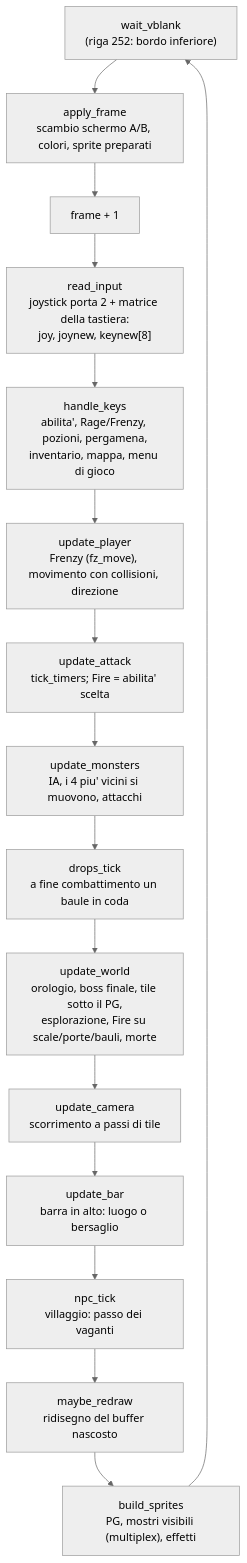
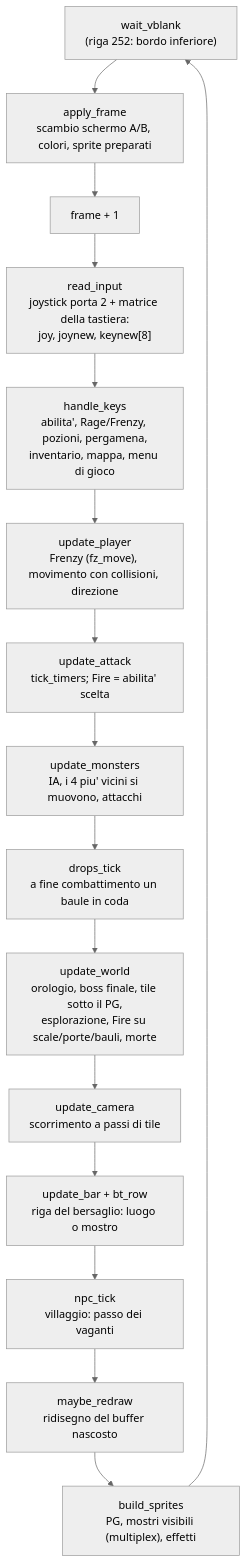
The third of 18 diagrams in docs/wiki/flussi.md (caporalesimone/barbarian-the-blood-path), drawn with Mermaid (neutral theme) before and after one commit. The commit also changed other lines of this file and 13 other files, not shown here.

````diff
--- a/docs/wiki/flussi.md
+++ b/docs/wiki/flussi.md
@@ -82,17 +82,17 @@
 ```mermaid
 flowchart TD
     W["wait_vblank<br/>(riga 252: bordo inferiore)"] --> AF["apply_frame<br/>scambio schermo A/B, colori, sprite preparati"]
     AF --> FR["frame + 1"] --> RI["read_input<br/>joystick porta 2 + matrice della tastiera:<br/>joy, joynew, keynew[8]"]
     RI --> HK["handle_keys<br/>abilita', Rage/Frenzy, pozioni, pergamena,<br/>inventario, mappa, menu di gioco"]
     HK --> UP["update_player<br/>Frenzy (fz_move), movimento con collisioni, direzione"]
     UP --> UA["update_attack<br/>tick_timers; Fire = abilita' scelta"]
     UA --> UM["update_monsters<br/>IA, i 4 piu' vicini si muovono, attacchi"]
     UM --> DT["drops_tick<br/>a fine combattimento un baule in coda"]
     DT --> UW["update_world<br/>orologio, boss finale, tile sotto il PG,<br/>esplorazione, Fire su scale/porte/bauli, morte"]
     UW --> UC["update_camera<br/>scorrimento a passi di tile"]
-    UC --> UB["update_bar<br/>barra in alto: luogo o bersaglio"]
+    UC --> UB["update_bar + bt_row<br/>riga del bersaglio: luogo o mostro"]
     UB --> NT["npc_tick<br/>villaggio: passo dei vaganti"]
     NT --> MR["maybe_redraw<br/>ridisegno del buffer nascosto"]
     MR --> BS["build_sprites<br/>PG, mostri visibili (multiplex), effetti"]
     BS --> W
 ```
````
